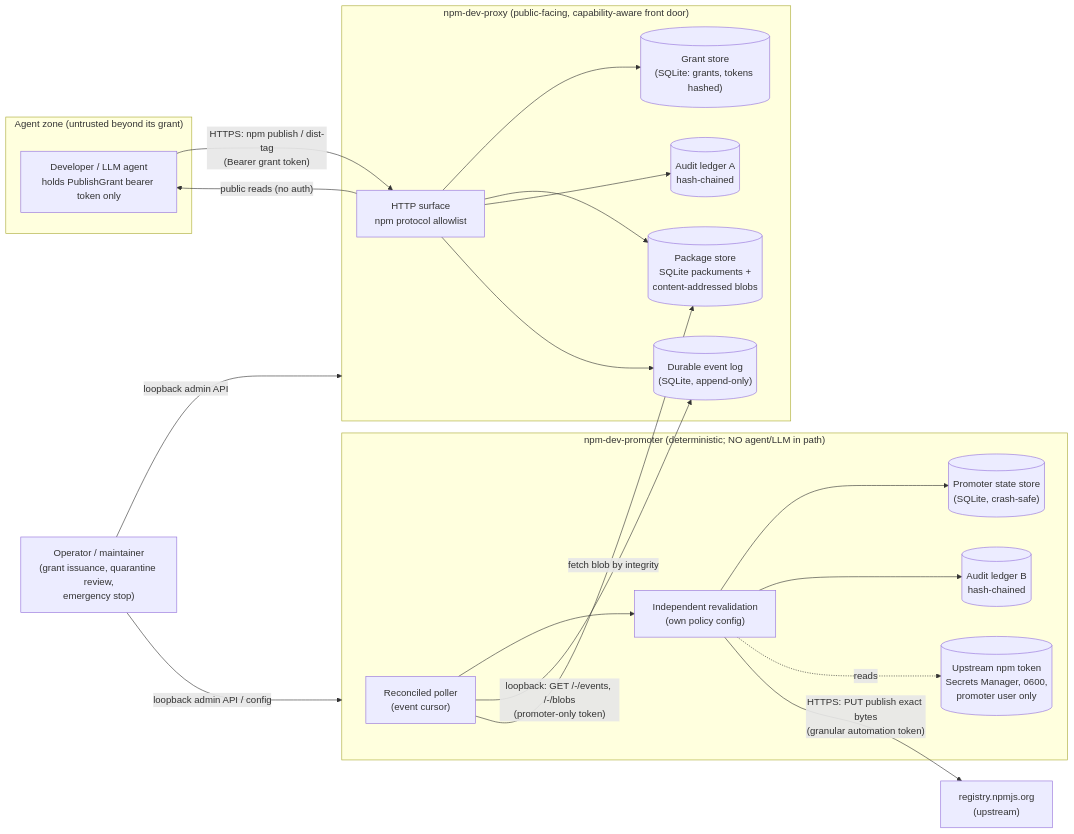
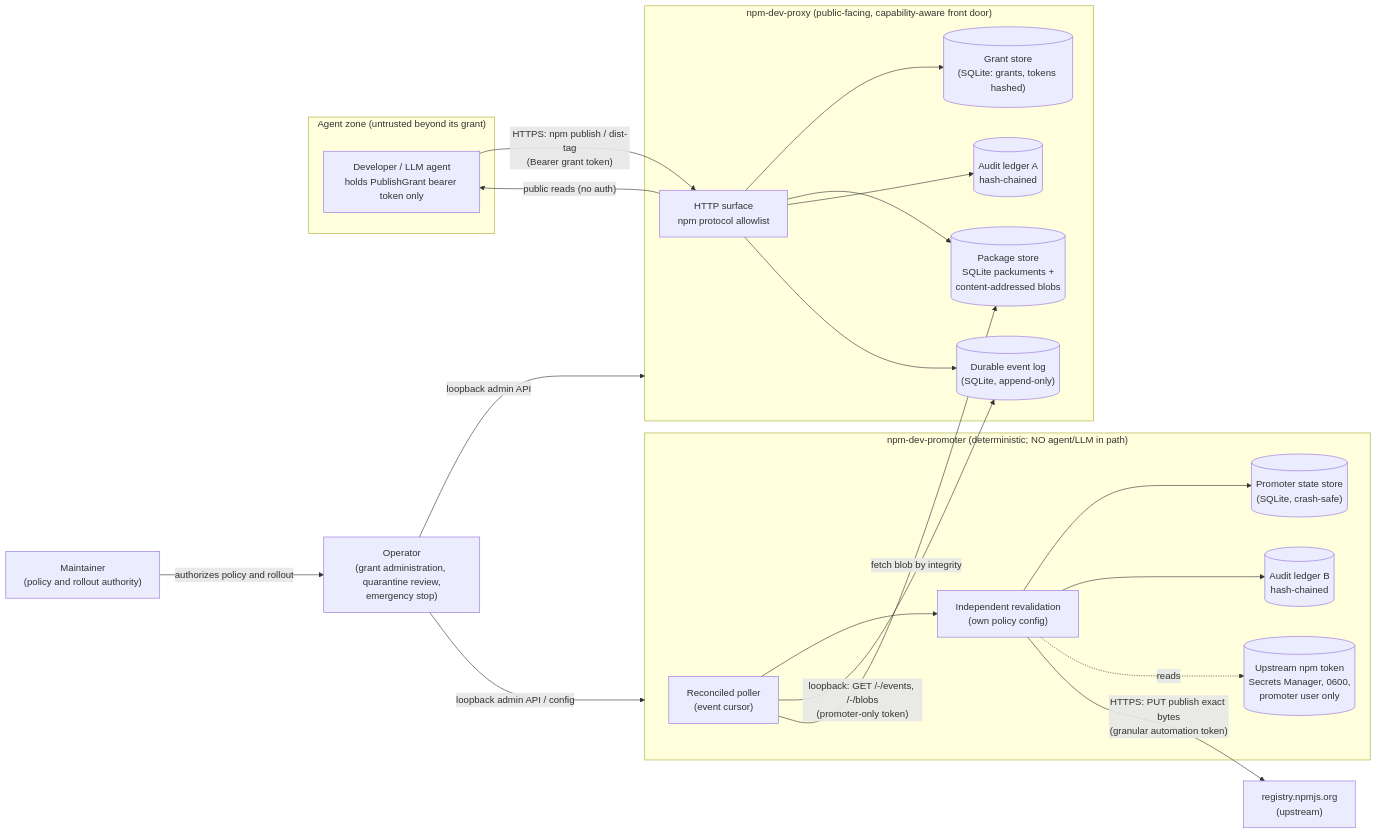
One commit to endojs/endo-but-for-bots changed the first of 2 diagrams in designs/npm-dev-publisher-attenuation.md. Above: the diagram before and after it, drawn with Mermaid. The commit also changed other lines of this file and 1 other file, not shown here.

Commit message:
fix(design): address second-round review findings (#890)

````diff
--- a/designs/npm-dev-publisher-attenuation.md
+++ b/designs/npm-dev-publisher-attenuation.md
@@ -289,41 +291,43 @@
 ```mermaid
 flowchart LR
     subgraph agentZone["Agent zone (untrusted beyond its grant)"]
         agent["Developer / LLM agent<br/>holds PublishGrant bearer token only"]
     end
 
     subgraph proxyHost["npm-dev-proxy (public-facing, capability-aware front door)"]
         http["HTTP surface<br/>npm protocol allowlist"]
         grants[("Grant store<br/>(SQLite: grants, tokens hashed)")]
         packs[("Package store<br/>SQLite packuments +<br/>content-addressed blobs")]
         ledger1[("Audit ledger A<br/>hash-chained")]
         elog[("Durable event log<br/>(SQLite, append-only)")]
         http --> grants
         http --> packs
         http --> ledger1
         http --> elog
     end
 
     subgraph promoterHost["npm-dev-promoter (deterministic; NO agent/LLM in path)"]
         poller["Reconciled poller<br/>(event cursor)"]
         valid["Independent revalidation<br/>(own policy config)"]
         state[("Promoter state store<br/>(SQLite, crash-safe)")]
         ledger2[("Audit ledger B<br/>hash-chained")]
         tok[("Upstream npm token<br/>Secrets Manager, 0600,<br/>promoter user only")]
         poller --> valid
         valid --> state
         valid --> ledger2
         valid -. reads .-> tok
     end
 
     upstream["registry.npmjs.org<br/>(upstream)"]
-    admin["Operator / maintainer<br/>(grant issuance, quarantine review,<br/>emergency stop)"]
+    maintainer["Maintainer<br/>(policy and rollout authority)"]
+    operator["Operator<br/>(grant administration, quarantine review,<br/>emergency stop)"]
 
     agent -- "HTTPS: npm publish / dist-tag<br/>(Bearer grant token)" --> http
     http -- "public reads (no auth)" --> agent
     poller -- "loopback: GET /-/events, /-/blobs<br/>(promoter-only token)" --> elog
     poller -- "fetch blob by integrity" --> packs
     valid -- "HTTPS: PUT publish exact bytes<br/>(granular automation token)" --> upstream
-    admin -- "loopback admin API" --> proxyHost
-    admin -- "loopback admin API / config" --> promoterHost
+    maintainer -- "authorizes policy and rollout" --> operator
+    operator -- "loopback admin API" --> proxyHost
+    operator -- "loopback admin API / config" --> promoterHost
 ```
````
